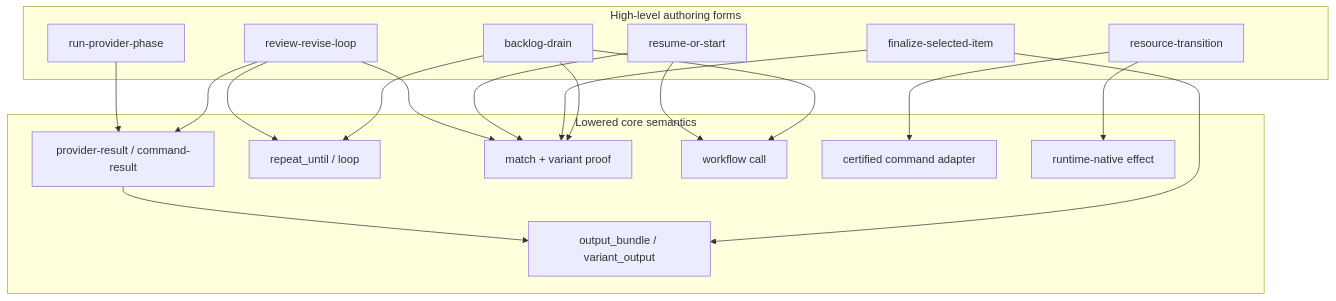
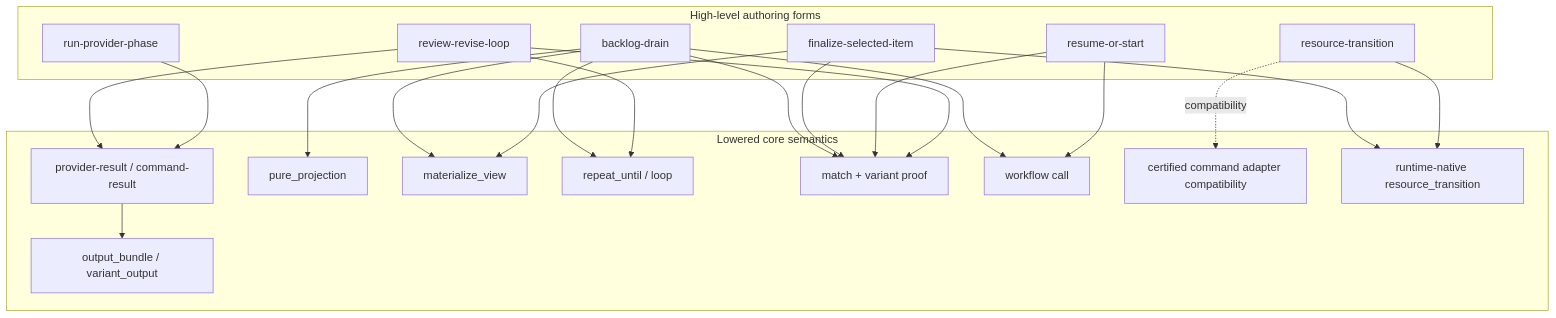
One commit to hoidn/agent-orchestration changed the sixth of 9 diagrams in docs/design/workflow_lisp_frontend_specification.md. Above: the diagram before and after it, drawn with Mermaid. The commit also changed other lines of this file and 5 other files, not shown here.

````diff
--- a/docs/design/workflow_lisp_frontend_specification.md
+++ b/docs/design/workflow_lisp_frontend_specification.md
@@ -2023,35 +2100,40 @@
 ```mermaid
 flowchart TB
     subgraph AuthorForms["High-level authoring forms"]
         ProviderPhase["run-provider-phase"]
         ReviewLoop["review-revise-loop"]
         ResumeStart["resume-or-start"]
         ResourceTransition["resource-transition"]
         Finalize["finalize-selected-item"]
         Drain["backlog-drain"]
     end
 
     subgraph CoreSemantics["Lowered core semantics"]
         ProviderResult["provider-result / command-result"]
+        PureProjection["pure_projection"]
+        MaterializeView["materialize_view"]
         Repeat["repeat_until / loop"]
         Match["match + variant proof"]
         Call["workflow call"]
-        Adapter["certified command adapter"]
-        RuntimeEffect["runtime-native effect"]
+        Adapter["certified command adapter compatibility"]
+        ResourceEffect["runtime-native resource_transition"]
         Bundle["output_bundle / variant_output"]
     end
 
     ProviderPhase --> ProviderResult --> Bundle
     ReviewLoop --> Repeat
     ReviewLoop --> ProviderResult
     ReviewLoop --> Match
     ResumeStart --> Match
     ResumeStart --> Call
-    ResourceTransition --> Adapter
-    ResourceTransition --> RuntimeEffect
+    ResourceTransition --> ResourceEffect
+    ResourceTransition -. compatibility .-> Adapter
     Finalize --> Match
-    Finalize --> Bundle
+    Finalize --> ResourceEffect
+    Finalize --> MaterializeView
     Drain --> Repeat
     Drain --> Call
     Drain --> Match
+    Drain --> PureProjection
+    Drain --> MaterializeView
 ```
````
